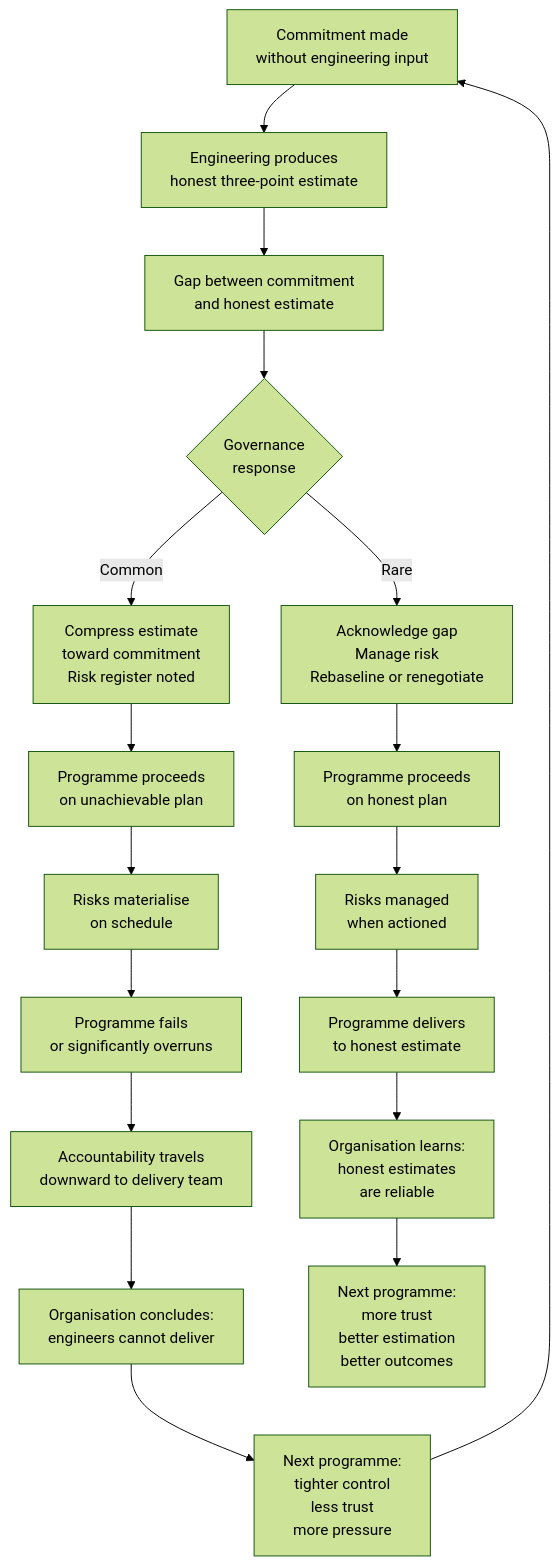
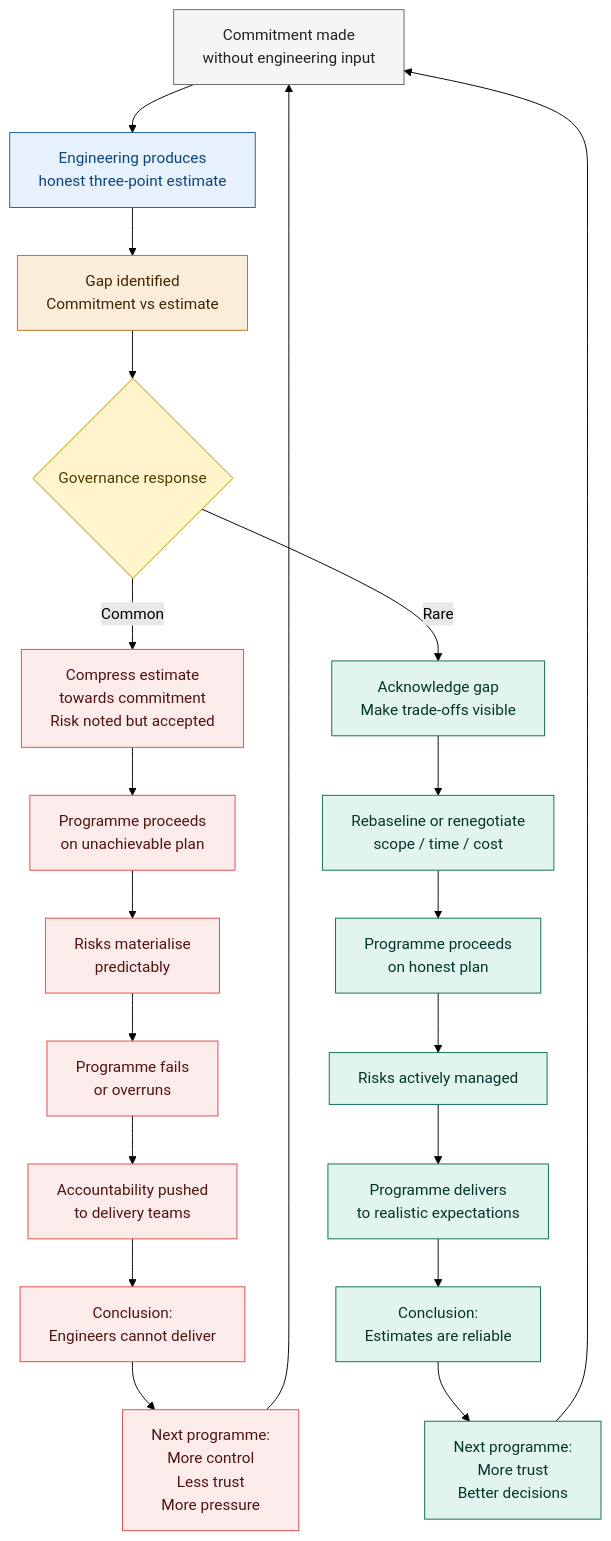
The diagram in docs/ways-of-working/firmitas2/06_part_1/chapters/03_the_commitment_that_wasnt_theirs.md (markbac/docs-WoW), drawn with Mermaid (forest theme) before and after one commit. The commit also changed 30 other files, not shown here.

````diff
--- a/docs/ways-of-working/firmitas2/06_part_1/chapters/03_the_commitment_that_wasnt_theirs.md
+++ b/docs/ways-of-working/firmitas2/06_part_1/chapters/03_the_commitment_that_wasnt_theirs.md
@@ -73,20 +73,51 @@
 ```mermaid
 flowchart TD
-    A[Commitment made\nwithout engineering input] --> B[Engineering produces\nhonest three-point estimate]
-    B --> C[Gap between commitment\nand honest estimate]
-    C --> D{Governance\nresponse}
-    D -->|Common| E[Compress estimate\ntoward commitment\nRisk register noted]
-    D -->|Rare| F[Acknowledge gap\nManage risk\nRebaseline or renegotiate]
-    E --> G[Programme proceeds\non unachievable plan]
-    G --> H[Risks materialise\non schedule]
-    H --> I[Programme fails\nor significantly overruns]
-    I --> J[Accountability travels\ndownward to delivery team]
-    J --> K[Organisation concludes:\nengineers cannot deliver]
-    K --> L[Next programme:\ntighter control\nless trust\nmore pressure]
-    L --> A
-    F --> M[Programme proceeds\non honest plan]
-    M --> N[Risks managed\nwhen actioned]
-    N --> O[Programme delivers\nto honest estimate]
-    O --> P[Organisation learns:\nhonest estimates\nare reliable]
-    P --> Q[Next programme:\nmore trust\nbetter estimation\nbetter outcomes]
+    A["Commitment made<br>without engineering input"] --> B["Engineering produces<br>honest three-point estimate"]
+    B --> C["Gap identified<br>Commitment vs estimate"]
+
+    C --> D{"Governance response"}
+
+    %% Negative loop (common)
+    D -->|Common| E["Compress estimate<br>towards commitment<br>Risk noted but accepted"]
+    E --> F["Programme proceeds<br>on unachievable plan"]
+    F --> G["Risks materialise<br>predictably"]
+    G --> H["Programme fails<br>or overruns"]
+    H --> I["Accountability pushed<br>to delivery teams"]
+    I --> J["Conclusion:<br>Engineers cannot deliver"]
+    J --> K["Next programme:<br>More control<br>Less trust<br>More pressure"]
+    K --> A
+
+    %% Positive loop (rare)
+    D -->|Rare| L["Acknowledge gap<br>Make trade-offs visible"]
+    L --> M["Rebaseline or renegotiate<br>scope / time / cost"]
+    M --> N["Programme proceeds<br>on honest plan"]
+    N --> O["Risks actively managed"]
+    O --> P["Programme delivers<br>to realistic expectations"]
+    P --> Q["Conclusion:<br>Estimates are reliable"]
+    Q --> R["Next programme:<br>More trust<br>Better decisions"]
+    R --> A
+
+    %% Styling
+    style A fill:#F5F5F5,stroke:#666,color:#222
+    style B fill:#E6F1FB,stroke:#185FA5,color:#0C447C
+    style C fill:#FAEEDA,stroke:#BA7517,color:#412402
+    style D fill:#FFF4CC,stroke:#B38F00,color:#4D3B00
+
+    %% Negative path
+    style E fill:#FCEBEB,stroke:#E24B4A,color:#501313
+    style F fill:#FCEBEB,stroke:#E24B4A,color:#501313
+    style G fill:#FCEBEB,stroke:#E24B4A,color:#501313
+    style H fill:#FCEBEB,stroke:#E24B4A,color:#501313
+    style I fill:#FCEBEB,stroke:#E24B4A,color:#501313
+    style J fill:#FCEBEB,stroke:#E24B4A,color:#501313
+    style K fill:#FCEBEB,stroke:#E24B4A,color:#501313
+
+    %% Positive path
+    style L fill:#E1F5EE,stroke:#0F6E56,color:#04342C
+    style M fill:#E1F5EE,stroke:#0F6E56,color:#04342C
+    style N fill:#E1F5EE,stroke:#0F6E56,color:#04342C
+    style O fill:#E1F5EE,stroke:#0F6E56,color:#04342C
+    style P fill:#E1F5EE,stroke:#0F6E56,color:#04342C
+    style Q fill:#E1F5EE,stroke:#0F6E56,color:#04342C
+    style R fill:#E1F5EE,stroke:#0F6E56,color:#04342C
 ```
````
